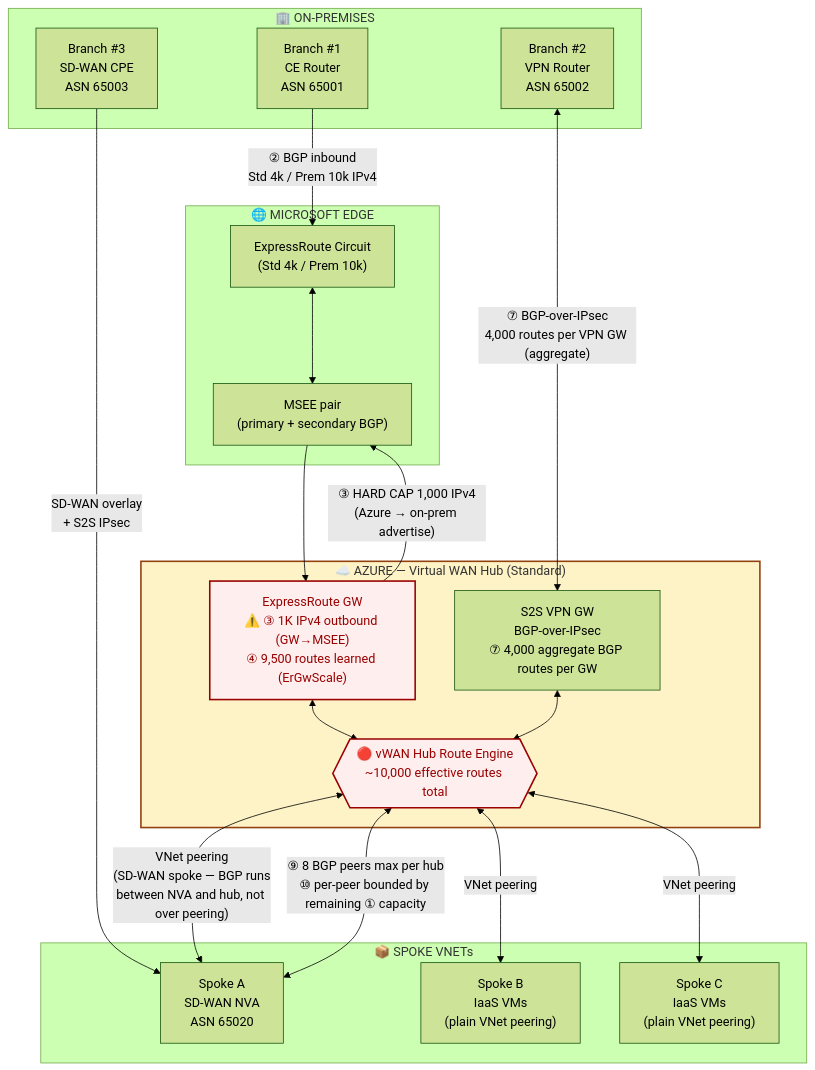
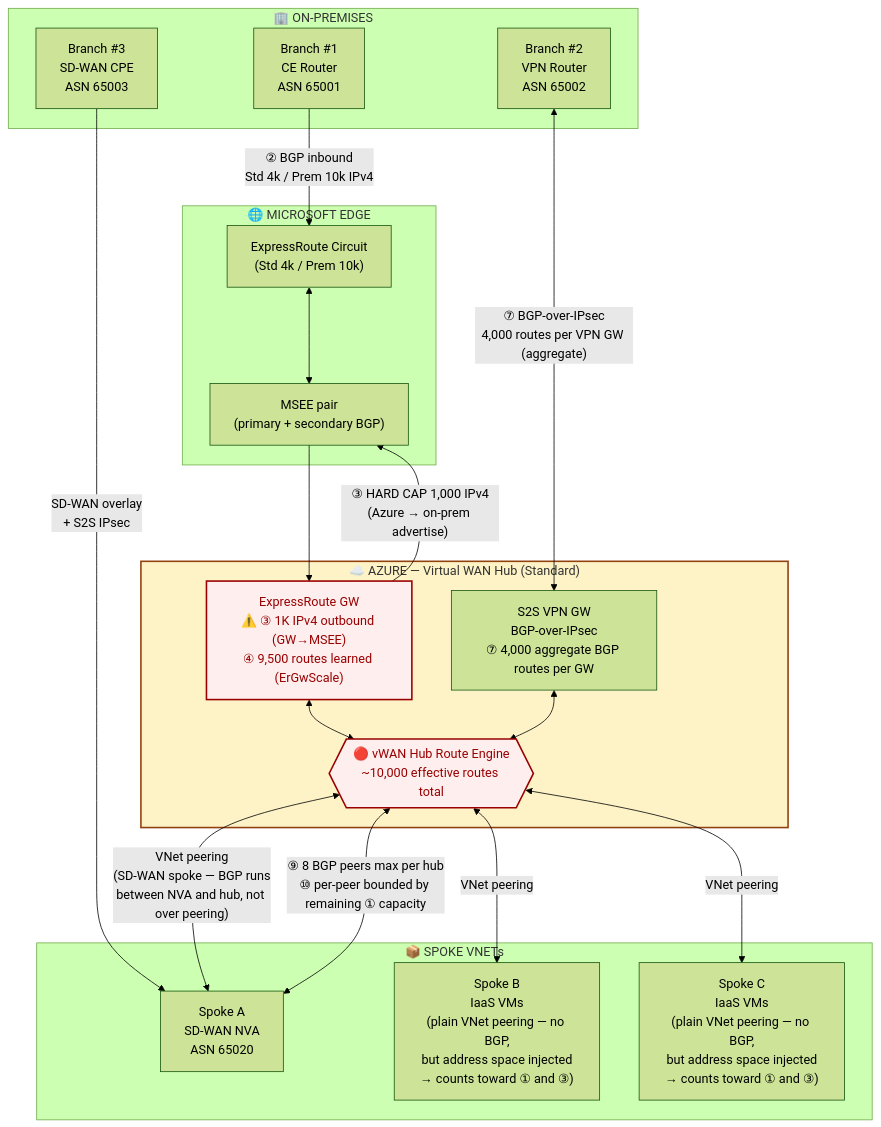
The first of 3 diagrams in README.md (adtork/vwan-routing-limits), drawn with Mermaid (forest theme) before and after one commit.

Commit message:
Spoke B/C node labels: clarify address space is injected and counts toward hub ceiling and ER GW outbound cap

````diff
--- a/README.md
+++ b/README.md
@@ -21,46 +21,46 @@
 ```mermaid
 flowchart TB
     subgraph OnPrem["🏢 ON-PREMISES"]
         B1["Branch #1<br/>CE Router<br/>ASN 65001"]
         B2["Branch #2<br/>VPN Router<br/>ASN 65002"]
         B3["Branch #3<br/>SD-WAN CPE<br/>ASN 65003"]
     end
 
     subgraph Edge["🌐 MICROSOFT EDGE"]
         ERC["ExpressRoute Circuit<br/>(Std 4k / Prem 10k)"]
         MSEE["MSEE pair<br/>(primary + secondary BGP)"]
     end
 
     subgraph Hub["☁️ AZURE — Virtual WAN Hub (Standard)"]
         ERGW["ExpressRoute GW<br/>⚠️ ③ 1K IPv4 outbound (GW→MSEE)<br/>④ 9,500 routes learned (ErGwScale)"]
         VPNGW["S2S VPN GW<br/>BGP-over-IPsec<br/>⑦ 4,000 aggregate BGP routes per GW"]
         ENGINE{{"🔴 vWAN Hub Route Engine<br/>~10,000 effective routes total"}}
     end
 
     subgraph Spokes["📦 SPOKE VNETs"]
         SA["Spoke A<br/>SD-WAN NVA<br/>ASN 65020"]
-        SB["Spoke B<br/>IaaS VMs<br/>(plain VNet peering)"]
-        SC["Spoke C<br/>IaaS VMs<br/>(plain VNet peering)"]
+        SB["Spoke B<br/>IaaS VMs<br/>(plain VNet peering — no BGP,<br/>but address space injected<br/>→ counts toward ① and ③)"]
+        SC["Spoke C<br/>IaaS VMs<br/>(plain VNet peering — no BGP,<br/>but address space injected<br/>→ counts toward ① and ③)"]
     end
 
     B1 -->|"② BGP inbound<br/>Std 4k / Prem 10k IPv4"| ERC
     ERC <--> MSEE
     MSEE --> ERGW
     ERGW -->|"③ HARD CAP 1,000 IPv4<br/>(Azure → on-prem advertise)"| MSEE
     ERGW <--> ENGINE
 
     B2 <-->|"⑦ BGP-over-IPsec<br/>4,000 routes per VPN GW (aggregate)"| VPNGW
     VPNGW <--> ENGINE
 
     B3 -->|"SD-WAN overlay<br/>+ S2S IPsec"| SA
     SA <-->|"⑨ 8 BGP peers max per hub<br/>⑩ per-peer bounded by remaining ① capacity"| ENGINE
 
     ENGINE <-->|"VNet peering"| SB
     ENGINE <-->|"VNet peering"| SC
     ENGINE <-->|"VNet peering<br/>(SD-WAN spoke — BGP runs<br/>between NVA and hub, not over peering)"| SA
 
     classDef cap fill:#fee,stroke:#900,stroke-width:2px,color:#900
     classDef hub fill:#fef3c7,stroke:#92400e,stroke-width:2px
     class ENGINE,ERGW cap
     class Hub hub
 ```
````
